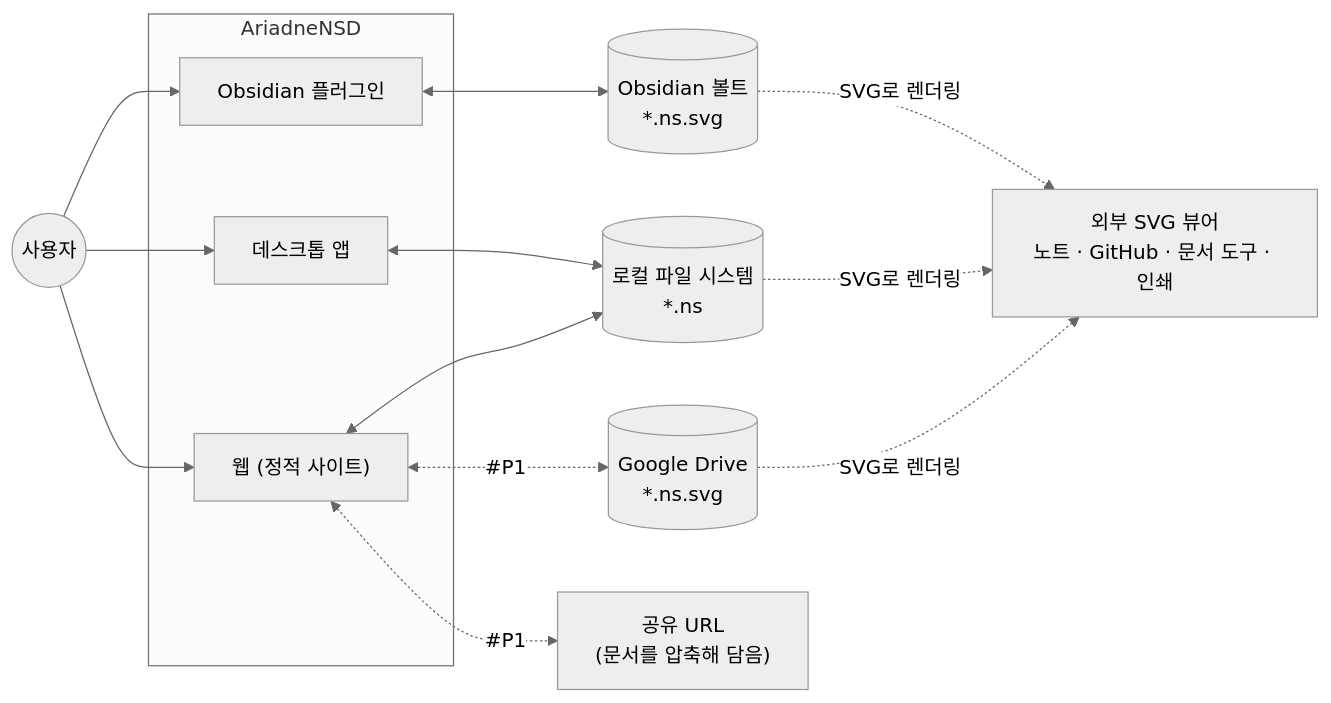
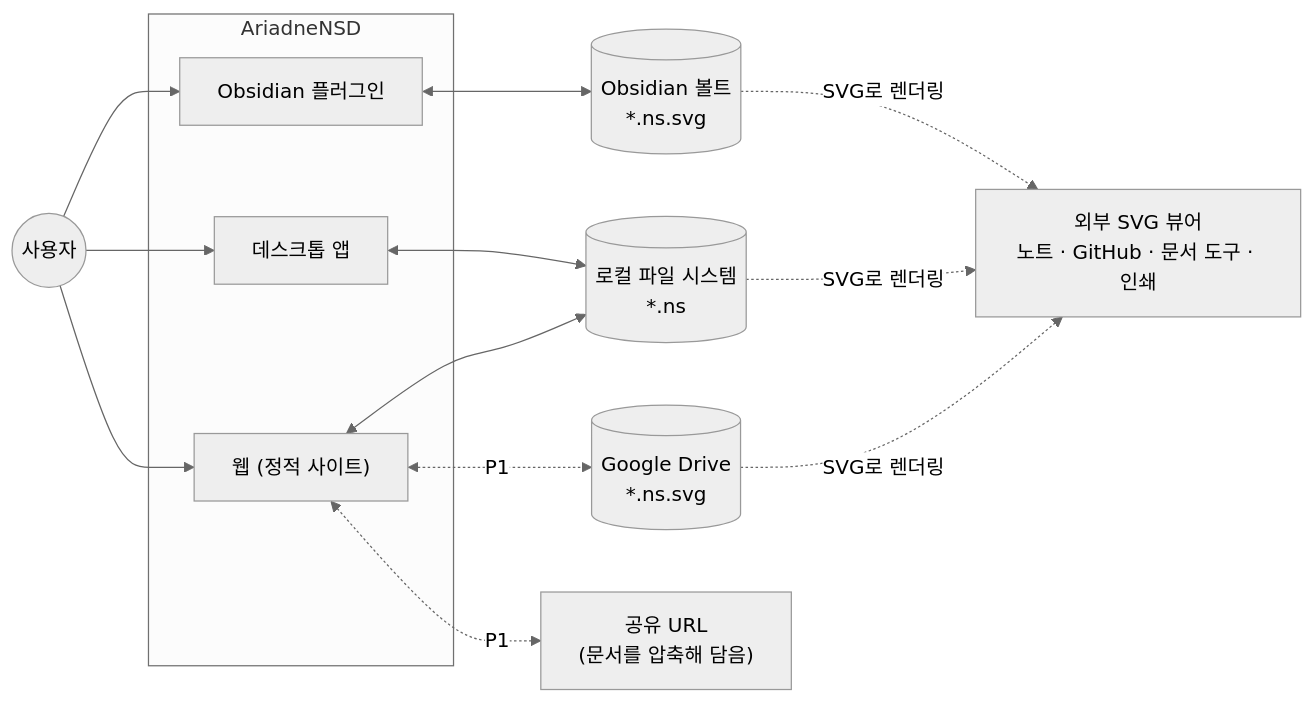
One commit to reddiana/AriadneNSD changed the first of 6 diagrams in docs/03-architecture/03-architecture.md. Above: the diagram before and after it, drawn with Mermaid (neutral theme). The commit also changed other lines of this file and 51 other files, not shown here.

````diff
--- a/docs/03-architecture/03-architecture.md
+++ b/docs/03-architecture/03-architecture.md
@@ -51,21 +51,21 @@
 ```mermaid
 flowchart LR
     user(("사용자"))
     subgraph apps["AriadneNSD"]
         obs["Obsidian 플러그인"]
         dsk["데스크톱 앱"]
         web["웹 (정적 사이트)"]
     end
     vault[("Obsidian 볼트<br/>*.ns.svg")]
     fs[("로컬 파일 시스템<br/>*.ns")]
     drive[("Google Drive<br/>*.ns.svg")]
     url["공유 URL<br/>(문서를 압축해 담음)"]
     viewer["외부 SVG 뷰어<br/>노트 · GitHub · 문서 도구 · 인쇄"]
     user --> obs & dsk & web
     obs <--> vault
     dsk <--> fs
     web <--> fs
-    web <-.#P1.-> drive
-    web <-.#P1.-> url
+    web <-.P1.-> drive
+    web <-.P1.-> url
     vault & fs & drive -.SVG로 렌더링.-> viewer
 ```
````
